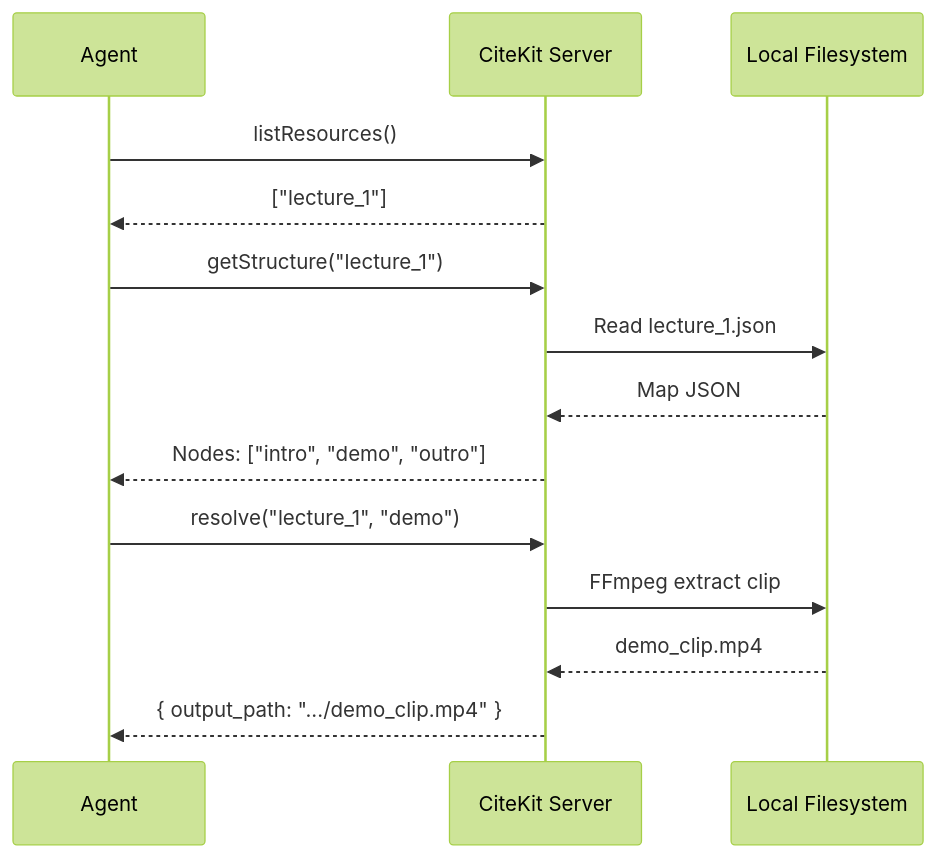
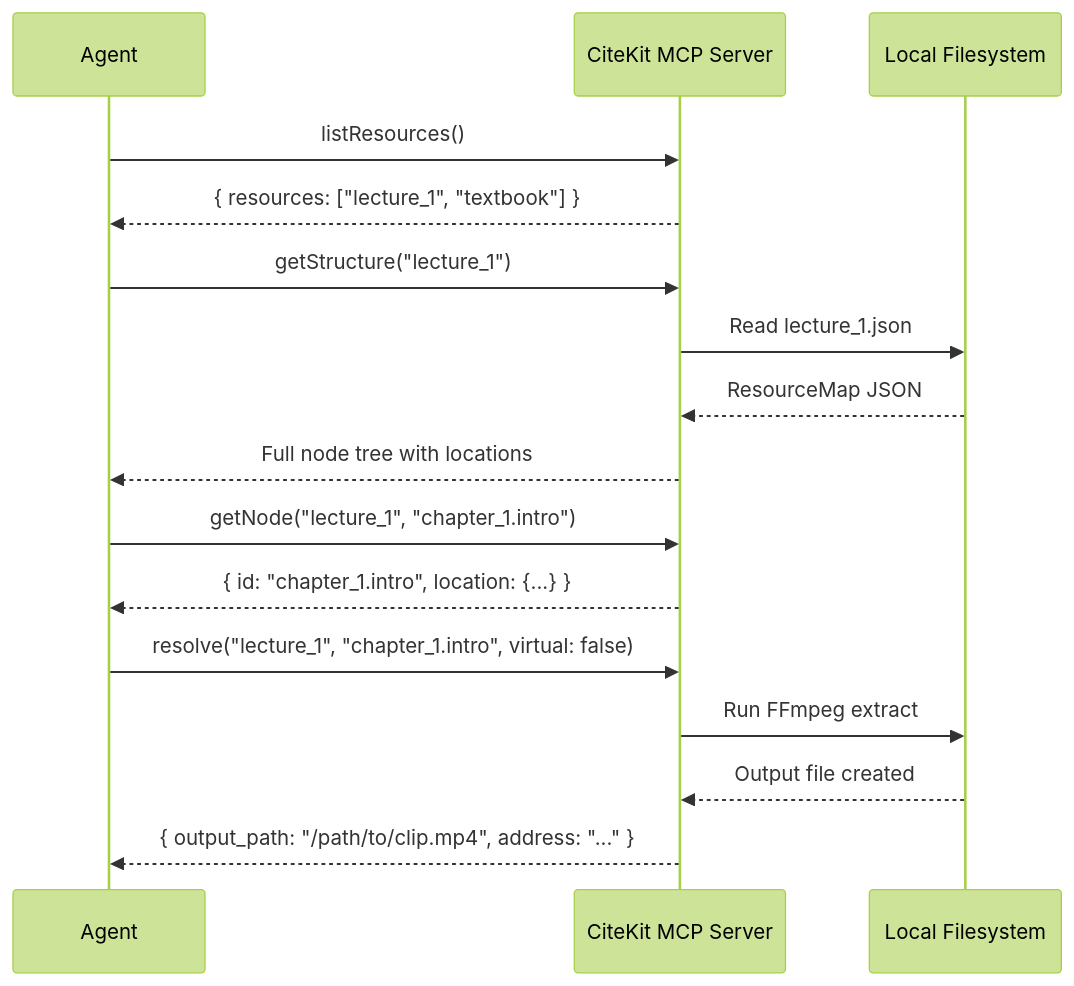
One commit to abdushakurob/citekit changed the diagram in docs/api/mcp/tools.md. Above: the diagram before and after it, drawn with Mermaid (forest theme). The commit also changed other lines of this file and 65 other files, not shown here.

First line of the commit message:
feat: Update CiteKit to version 0.1.7 with new audio resolver and concurrency features

````diff
--- a/docs/api/mcp/tools.md
+++ b/docs/api/mcp/tools.md
@@ -75,17 +9,22 @@
 ```mermaid
 sequenceDiagram
     participant Agent
-    participant MCP as CiteKit Server
+    participant MCP as CiteKit MCP Server
     participant FS as Local Filesystem
 
     Agent->>MCP: listResources()
-    MCP-->>Agent: ["lecture_1"]
+    MCP-->>Agent: { resources: ["lecture_1", "textbook"] }
+    
     Agent->>MCP: getStructure("lecture_1")
     MCP->>FS: Read lecture_1.json
-    FS-->>MCP: Map JSON
-    MCP-->>Agent: Nodes: ["intro", "demo", "outro"]
-    Agent->>MCP: resolve("lecture_1", "demo")
-    MCP->>FS: FFmpeg extract clip
-    FS-->>MCP: demo_clip.mp4
-    MCP-->>Agent: { output_path: ".../demo_clip.mp4" }
+    FS-->>MCP: ResourceMap JSON
+    MCP-->>Agent: Full node tree with locations
+    
+    Agent->>MCP: getNode("lecture_1", "chapter_1.intro")
+    MCP-->>Agent: { id: "chapter_1.intro", location: {...} }
+    
+    Agent->>MCP: resolve("lecture_1", "chapter_1.intro", virtual: false)
+    MCP->>FS: Run FFmpeg extract
+    FS-->>MCP: Output file created
+    MCP-->>Agent: { output_path: "/path/to/clip.mp4", address: "..." }
 ```
````
